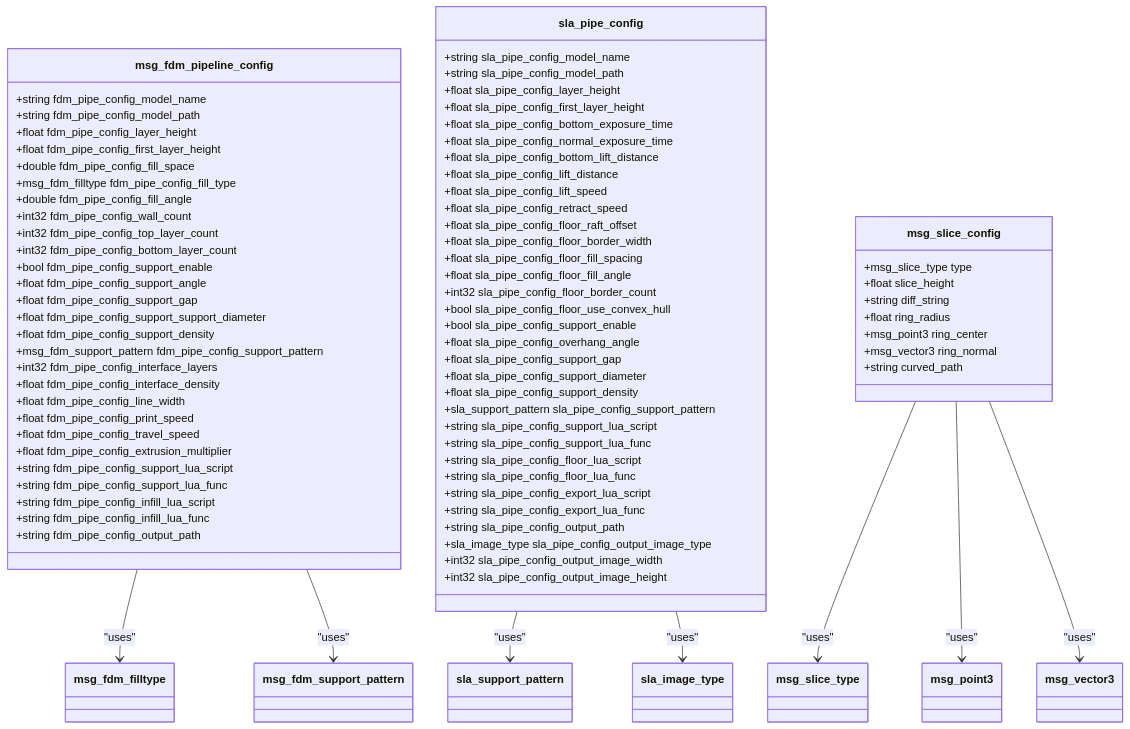
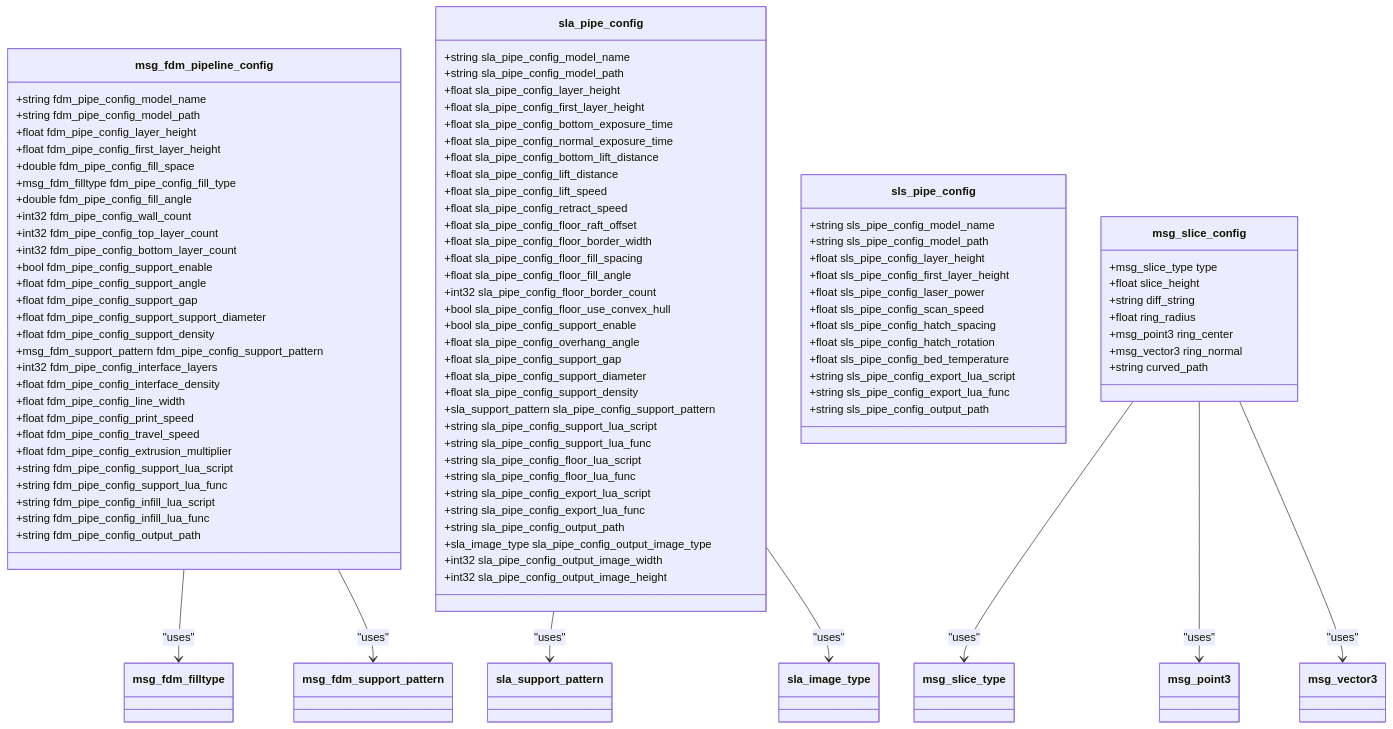
The first of 4 diagrams in .qoder/repowiki/en/content/Configuration System/Protobuf Configuration Schema.md (hsmbanlance/HsBaSlicer), drawn with Mermaid before and after one commit. The commit also changed other lines of this file and 19 other files, not shown here.

```diff
--- a/.qoder/repowiki/en/content/Configuration System/Protobuf Configuration Schema.md
+++ b/.qoder/repowiki/en/content/Configuration System/Protobuf Configuration Schema.md
@@ -114,6 +118,20 @@
 +int32 sla_pipe_config_output_image_width
 +int32 sla_pipe_config_output_image_height
 }
+class sls_pipe_config {
++string sls_pipe_config_model_name
++string sls_pipe_config_model_path
++float sls_pipe_config_layer_height
++float sls_pipe_config_first_layer_height
++float sls_pipe_config_laser_power
++float sls_pipe_config_scan_speed
++float sls_pipe_config_hatch_spacing
++float sls_pipe_config_hatch_rotation
++float sls_pipe_config_bed_temperature
++string sls_pipe_config_export_lua_script
++string sls_pipe_config_export_lua_func
++string sls_pipe_config_output_path
+}
 class msg_slice_config {
 +msg_slice_type type
 +float slice_height
```
